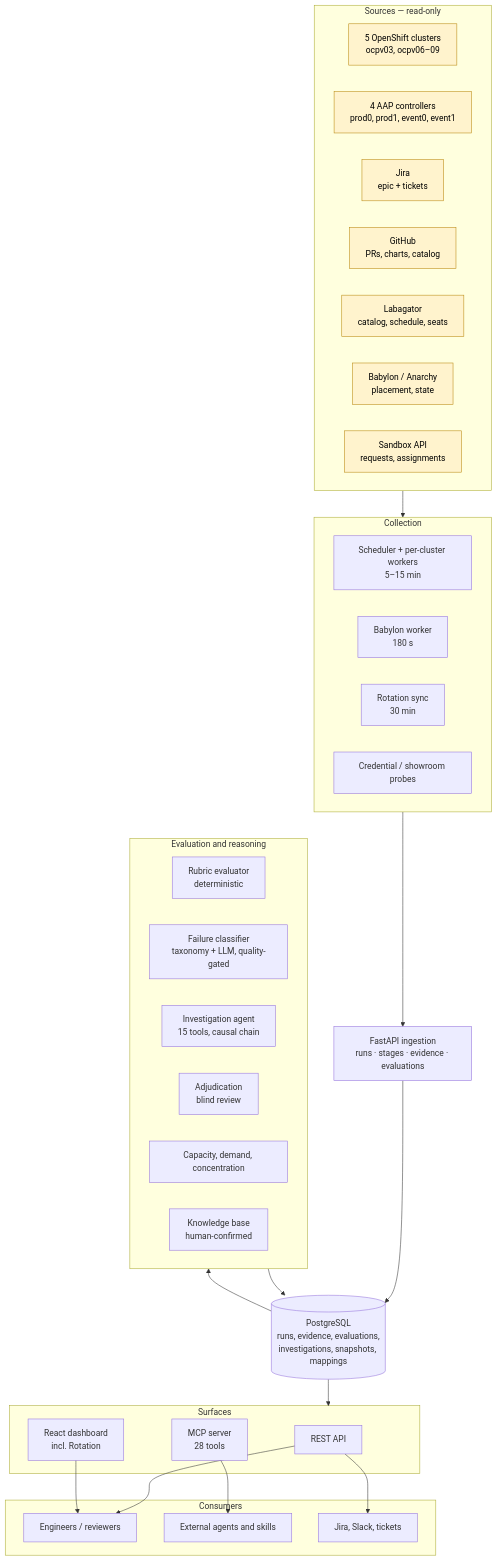
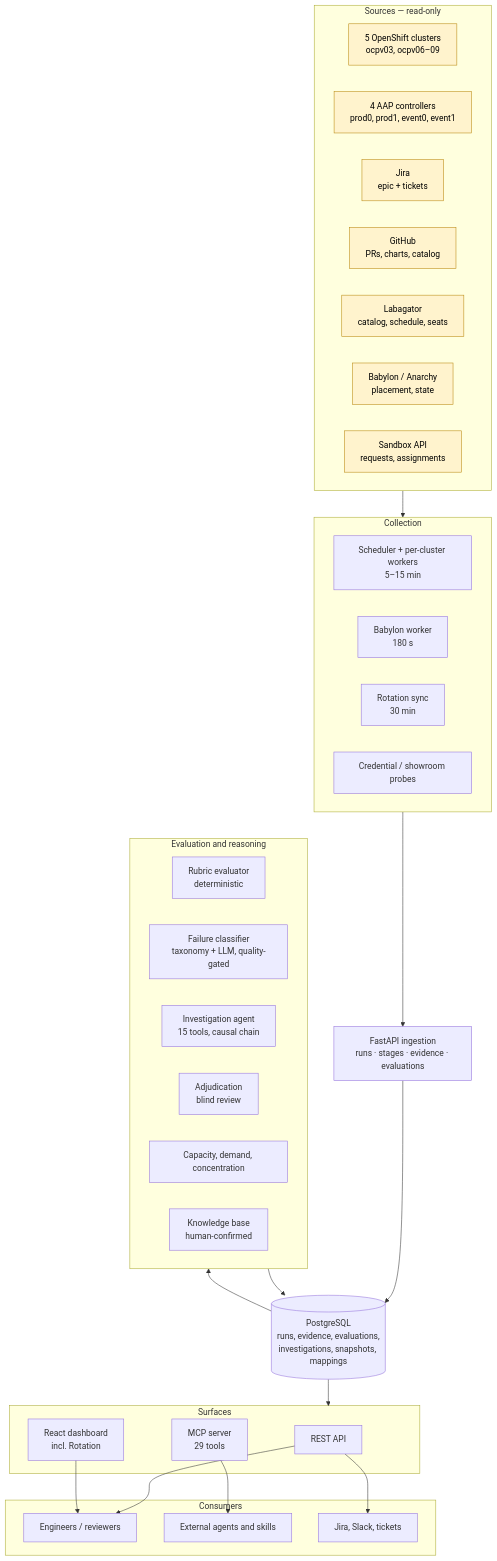
The first of 4 diagrams in docs/diagrams.md (rhpds/stargate), drawn with Mermaid before and after one commit. The commit also changed 14 other files, not shown here.

````diff
--- a/docs/diagrams.md
+++ b/docs/diagrams.md
@@ -11,55 +11,55 @@
 ```mermaid
 flowchart TB
   subgraph Sources["Sources — read-only"]
     C["5 OpenShift clusters<br/>ocpv03, ocpv06–09"]
     A["4 AAP controllers<br/>prod0, prod1, event0, event1"]
     J["Jira<br/>epic + tickets"]
     G["GitHub<br/>PRs, charts, catalog"]
     L["Labagator<br/>catalog, schedule, seats"]
     B["Babylon / Anarchy<br/>placement, state"]
     S["Sandbox API<br/>requests, assignments"]
   end
 
   subgraph Collect["Collection"]
     SCH["Scheduler + per-cluster workers<br/>5–15 min"]
     BAB["Babylon worker<br/>180 s"]
     ROT["Rotation sync<br/>30 min"]
     CRED["Credential / showroom probes"]
   end
 
   API["FastAPI ingestion<br/>runs · stages · evidence · evaluations"]
   DB[("PostgreSQL<br/>runs, evidence, evaluations,<br/>investigations, snapshots, mappings")]
 
   subgraph Engine["Evaluation and reasoning"]
     RUB["Rubric evaluator<br/>deterministic"]
     CLS["Failure classifier<br/>taxonomy + LLM, quality-gated"]
     INV["Investigation agent<br/>15 tools, causal chain"]
     ADJ["Adjudication<br/>blind review"]
     CAP["Capacity, demand, concentration"]
     KB["Knowledge base<br/>human-confirmed"]
   end
 
   subgraph Surfaces["Surfaces"]
     REST["REST API"]
-    MCP["MCP server<br/>28 tools"]
+    MCP["MCP server<br/>29 tools"]
     UI["React dashboard<br/>incl. Rotation"]
   end
 
   subgraph Consumers["Consumers"]
     ENG["Engineers / reviewers"]
     AG["External agents and skills"]
     EXT["Jira, Slack, tickets"]
   end
 
   Sources --> Collect --> API --> DB
   DB --> Engine
   Engine --> DB
   DB --> Surfaces
   MCP --> AG
   REST --> ENG
   UI --> ENG
   REST --> EXT
 
   classDef boundary fill:#fff3cd,stroke:#b8860b,color:#000
   class C,A,J,G,L,B,S boundary
 ```
````
